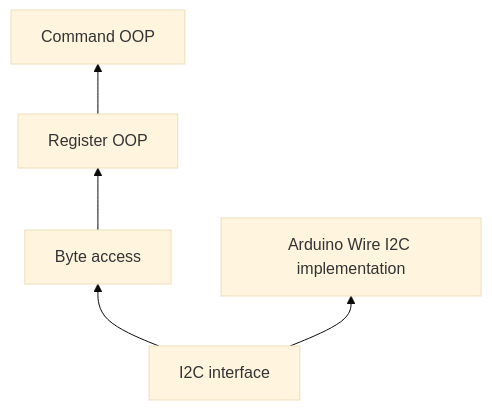
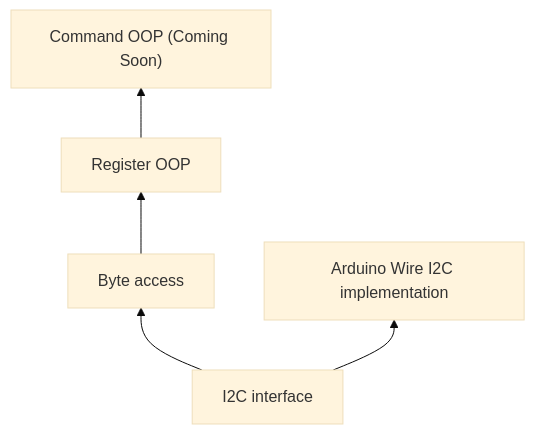
The diagram in README.md (Pythonic-Rainbow/HUSB238A), drawn with Mermaid (base theme) before and after one commit. The commit also changed other lines of this file and 6 other files, not shown here.

````diff
--- a/README.md
+++ b/README.md
@@ -4,8 +4,8 @@
 ```mermaid
 flowchart BT
     A[Byte access] --> B[Register OOP]
-    B --> C[Command OOP]
+    B --> C["Command OOP (Coming Soon)"]
 
     I1[I2C interface] --> I2[Arduino Wire I2C implementation]
     I1 --> A
 ```
````
